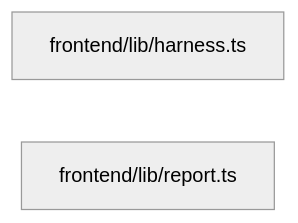
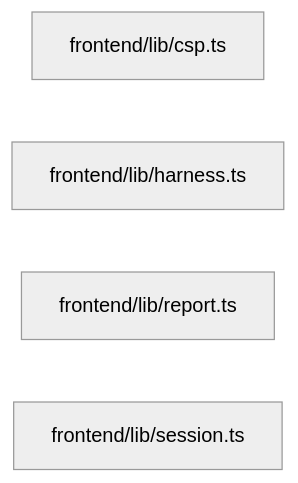
One commit to sarveshtalele/maf-harness-testing changed the ninth of 21 diagrams in docs/ARCHITECTURE_MAP.md. Above: the diagram before and after it, drawn with Mermaid (neutral theme). The commit also changed other lines of this file, not shown here.

Commit message:
docs: regenerate architecture map for the session and proxy files

````diff
--- a/docs/ARCHITECTURE_MAP.md
+++ b/docs/ARCHITECTURE_MAP.md
@@ -355,5 +357,7 @@
 ```mermaid
 flowchart LR
-  f0["frontend/lib/harness.ts"]
-  f1["frontend/lib/report.ts"]
+  f0["frontend/lib/csp.ts"]
+  f1["frontend/lib/harness.ts"]
+  f2["frontend/lib/report.ts"]
+  f3["frontend/lib/session.ts"]
 ```
````
